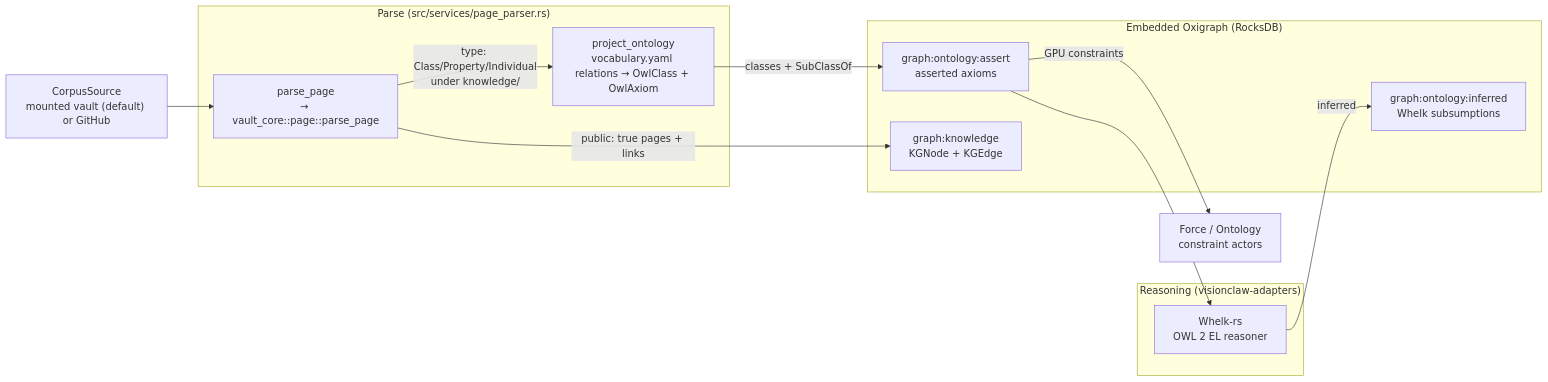
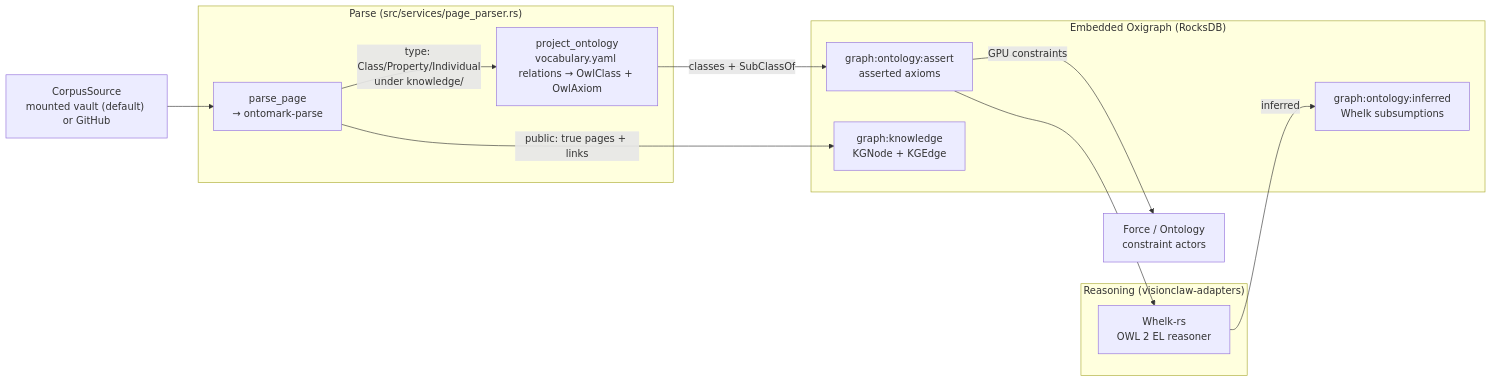
Before and after one commit to DreamLab-AI/VisionClaw: the first of 2 diagrams in docs/explanation/ontology-pipeline.md, drawn with Mermaid. The commit also changed other lines of this file and 9 other files, not shown here.

````diff
--- a/docs/explanation/ontology-pipeline.md
+++ b/docs/explanation/ontology-pipeline.md
@@ -22,27 +23,27 @@
 ```mermaid
 flowchart LR
     SRC["CorpusSource<br/>mounted vault (default) or GitHub"]
 
     subgraph Parse["Parse (src/services/page_parser.rs)"]
-        PP["parse_page<br/>→ vault_core::page::parse_page"]
+        PP["parse_page<br/>→ ontomark-parse"]
         PROJ["project_ontology<br/>vocabulary.yaml relations → OwlClass + OwlAxiom"]
     end
 
     subgraph Reason["Reasoning (visionclaw-adapters)"]
         WHELK["Whelk-rs<br/>OWL 2 EL reasoner"]
     end
 
     subgraph Store["Embedded Oxigraph (RocksDB)"]
         ASSERT["graph:ontology:assert<br/>asserted axioms"]
         INFER["graph:ontology:inferred<br/>Whelk subsumptions"]
         KNOW["graph:knowledge<br/>KGNode + KGEdge"]
     end
 
     SRC --> PP
     PP -->|"type: Class/Property/Individual<br/>under knowledge/"| PROJ
     PROJ -->|"classes + SubClassOf"| ASSERT
     ASSERT --> WHELK
     WHELK -->|"inferred"| INFER
     PP -->|"public: true pages + links"| KNOW
     ASSERT -->|"GPU constraints"| GPU["Force / Ontology<br/>constraint actors"]
 ```
````
